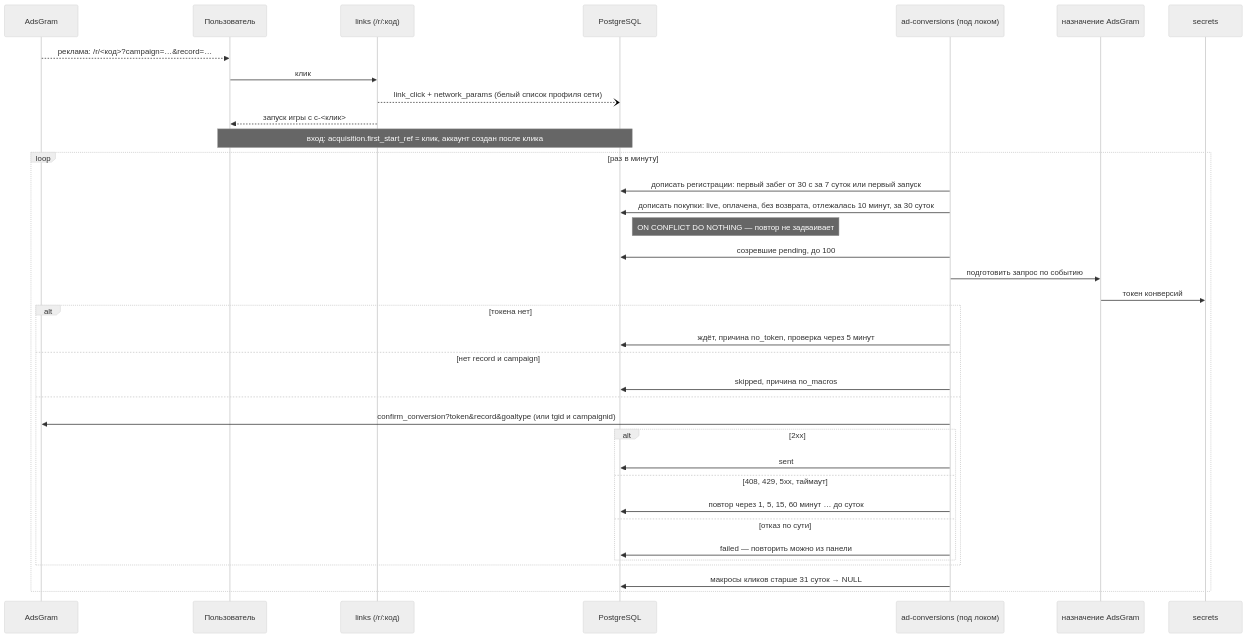
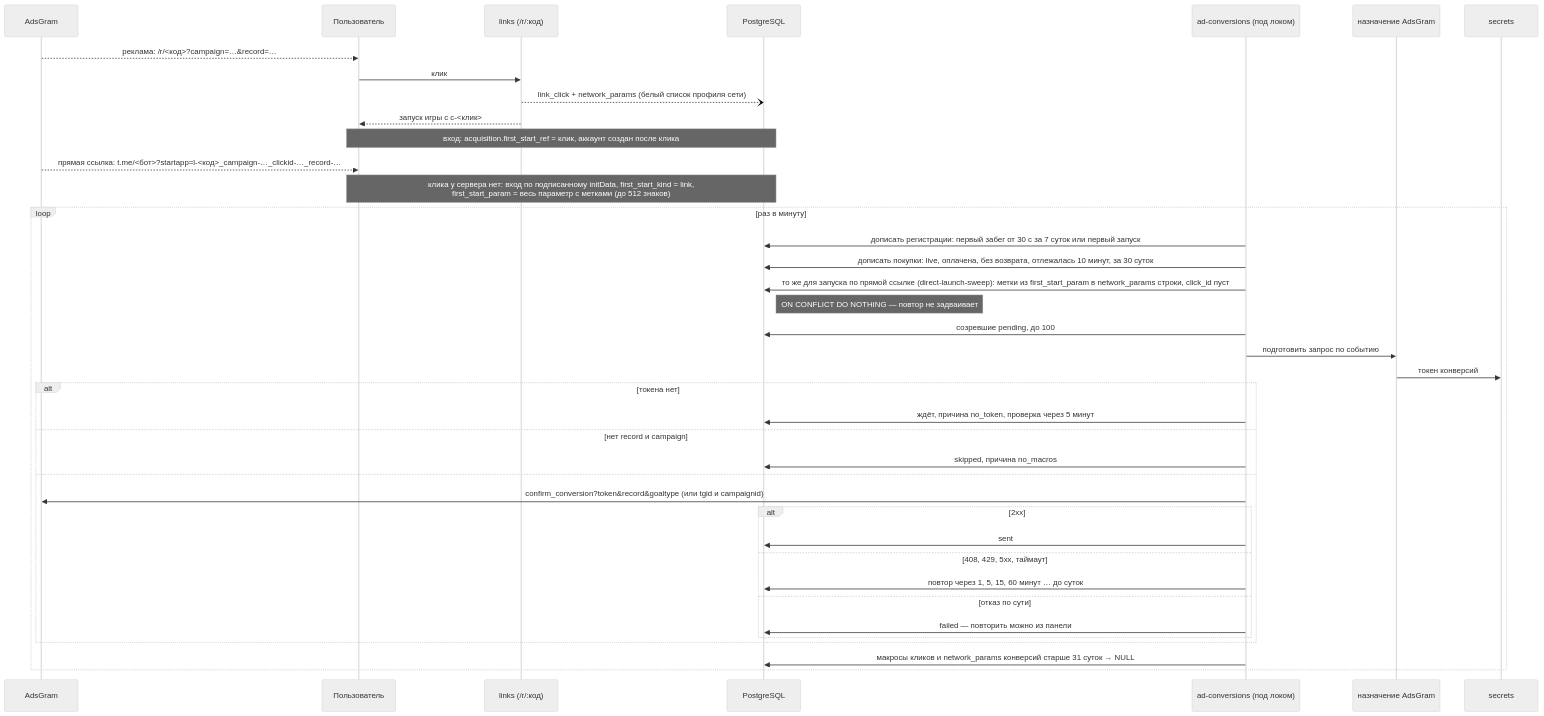
Diagram 33 of 53 in docs/21-diagrams.md (JJSGxKD/rubezh), drawn with Mermaid (neutral theme) before and after one commit. The commit also changed other lines of this file and 2 other files, not shown here.

First line of the commit message:
feat(db): Расширить параметр запуска и конверсию без клика

````diff
--- a/docs/21-diagrams.md
+++ b/docs/21-diagrams.md
@@ -3564,40 +3568,43 @@
 ```mermaid
 sequenceDiagram
     participant AG as AdsGram
     participant U as Пользователь
     participant L as links (/r/:код)
     participant DB as PostgreSQL
     participant C as ad-conversions (под локом)
     participant D as назначение AdsGram
     participant S as secrets
 
     AG-->>U: реклама: /r/<код>?campaign=…&record=…
     U->>L: клик
     L--)DB: link_click + network_params (белый список профиля сети)
     L-->>U: запуск игры с c-<клик>
     Note over U,DB: вход: acquisition.first_start_ref = клик, аккаунт создан после клика
+    AG-->>U: прямая ссылка: t.me/<бот>?startapp=l-<код>_campaign-…_clickid-…_record-…
+    Note over U,DB: клика у сервера нет: вход по подписанному initData, first_start_kind = link,<br/>first_start_param = весь параметр с метками (до 512 знаков)
 
     loop раз в минуту
         C->>DB: дописать регистрации: первый забег от 30 с за 7 суток или первый запуск
         C->>DB: дописать покупки: live, оплачена, без возврата, отлежалась 10 минут, за 30 суток
+        C->>DB: то же для запуска по прямой ссылке (direct-launch-sweep): метки из first_start_param в network_params строки, click_id пуст
         Note right of DB: ON CONFLICT DO NOTHING — повтор не задваивает
         C->>DB: созревшие pending, до 100
         C->>D: подготовить запрос по событию
         D->>S: токен конверсий
         alt токена нет
             C->>DB: ждёт, причина no_token, проверка через 5 минут
         else нет record и campaign
             C->>DB: skipped, причина no_macros
         else
             C->>AG: confirm_conversion?token&record&goaltype (или tgid и campaignid)
             alt 2xx
                 C->>DB: sent
             else 408, 429, 5xx, таймаут
                 C->>DB: повтор через 1, 5, 15, 60 минут … до суток
             else отказ по сути
                 C->>DB: failed — повторить можно из панели
             end
         end
-        C->>DB: макросы кликов старше 31 суток → NULL
+        C->>DB: макросы кликов и network_params конверсий старше 31 суток → NULL
     end
 ```
````
